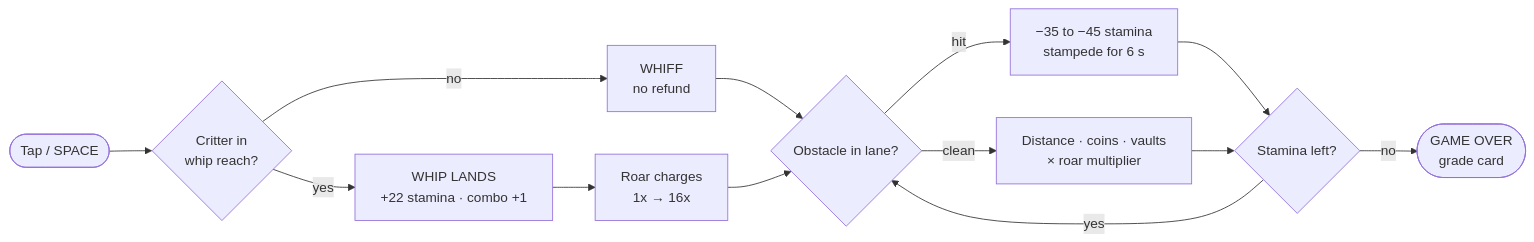
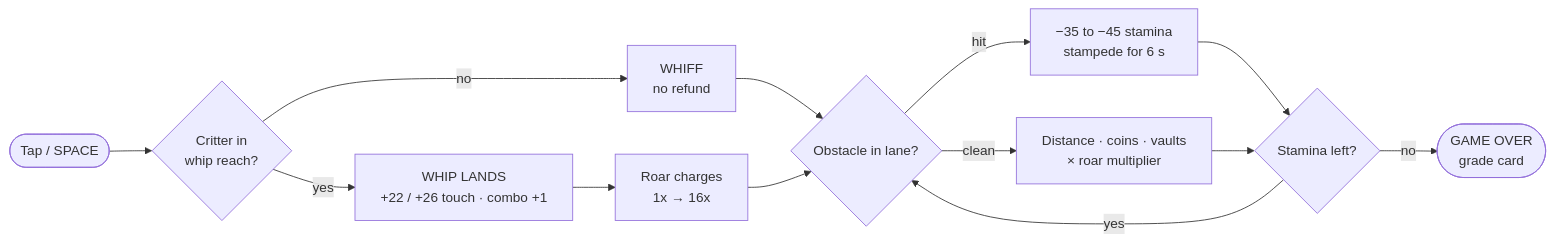
One commit to thesithunyein/swiposaur changed the first of 2 diagrams in README_SithuNyein_Swiposaur.md. Above: the diagram before and after it, drawn with Mermaid. The commit also changed other lines of this file and 1 other file, not shown here.

````diff
--- a/README_SithuNyein_Swiposaur.md
+++ b/README_SithuNyein_Swiposaur.md
@@ -76,15 +82,15 @@
 ```mermaid
 flowchart LR
     start(["Tap / SPACE"]) --> range{"Critter in<br/>whip reach?"}
-    range -- yes --> hit["WHIP LANDS<br/>+22 stamina · combo +1"]
+    range -- yes --> hit["WHIP LANDS<br/>+22 / +26 touch · combo +1"]
     range -- no --> whiff["WHIFF<br/>no refund"]
     hit --> roar["Roar charges<br/>1x → 16x"]
     whiff --> dodge{"Obstacle in lane?"}
     roar --> dodge
     dodge -- hit --> dmg["−35 to −45 stamina<br/>stampede for 6 s"]
     dodge -- clean --> score["Distance · coins · vaults<br/>× roar multiplier"]
     dmg --> alive{"Stamina left?"}
     score --> alive
     alive -- yes --> dodge
     alive -- no --> over(["GAME OVER<br/>grade card"])
 ```
````
